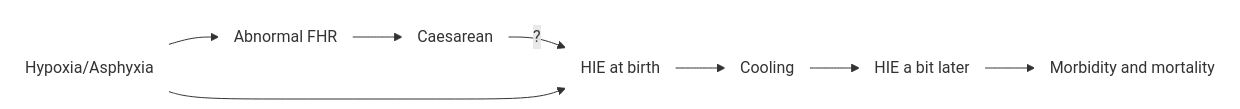
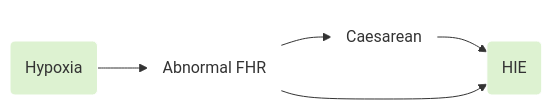
One commit to birth-outcomes/birth_outcomes_summary changed the tenth of 21 diagrams in book_birth_outcomes_summary/_build/html/_sources/design_dag_hie.md. Above: the diagram before and after it, drawn with Mermaid. The commit also changed other lines of this file and 20 other files, not shown here.

`````diff
--- a/book_birth_outcomes_summary/_build/html/_sources/design_dag_hie.md
+++ b/book_birth_outcomes_summary/_build/html/_sources/design_dag_hie.md
@@ -170,24 +272,19 @@
 ````{mermaid}
   flowchart LR;
 
-    A("Caesarean"):::white;
-    Y("HIE at birth"):::white;
-    U("Hypoxia/Asphyxia"):::white;
-    L("Abnormal FHR"):::white;
-    Cool("Cooling"):::white;
-    Ylater("HIE a bit later"):::white;
-    Dis("Morbidity and mortality"):::white;
+    %% Define the nodes and subgraphs
+    exp("Hypoxia"):::green;
+    fhr("Abnormal FHR"):::white;
+    treat("Caesarean"):::white;
+    out("HIE"):::green;
 
-    A -->|?| Y;
-    U --> L;
-    L --> A;
-    U --> Y;
-    Y --> Cool;
-    Cool --> Ylater;
-    Ylater --> Dis;
-
-
+    %% Produce the figure
+    exp --> fhr;
+    fhr --> treat;
+    treat --> out;
+    fhr --> out;
+  
     classDef white fill:#FFFFFF, stroke:#FFFFFF;
     classDef black fill:#FFFFFF, stroke:#000000;
-    classDef empty width:0px,height:0px;
+    classDef green fill:#DDF2D1, stroke: #FFFFFF;
 ````
`````
